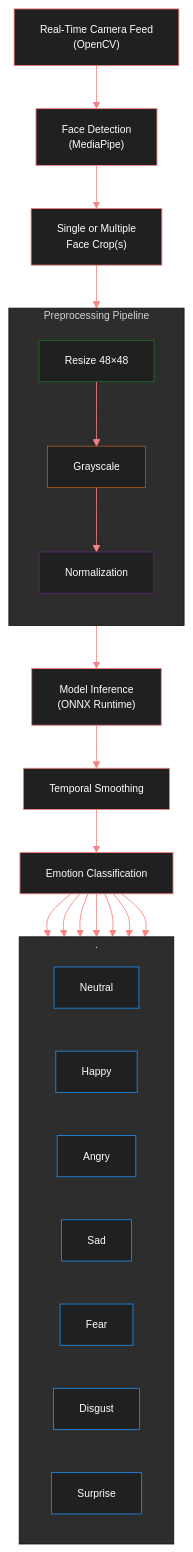
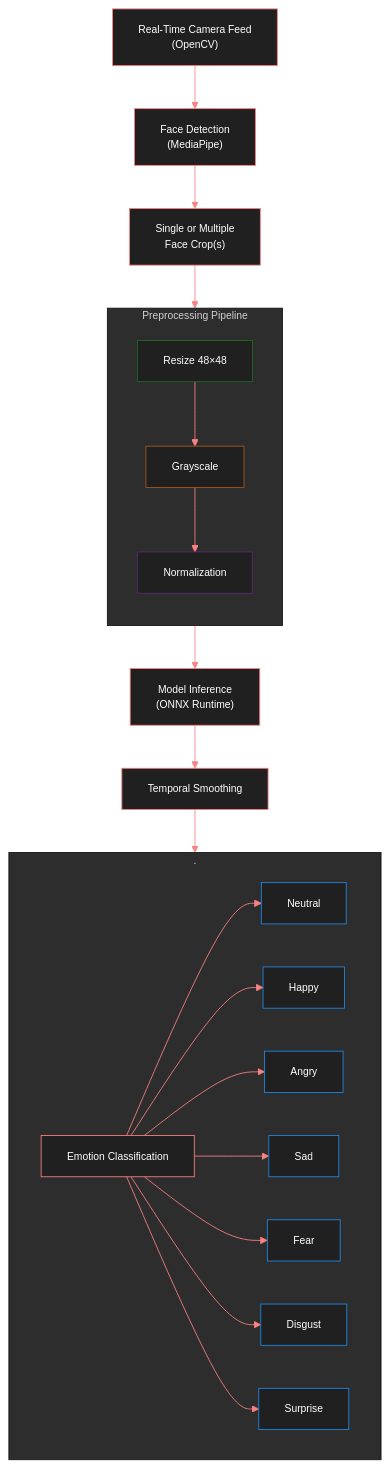
The diagram in README.md (NkL-M/Real-Time-Facial-Emotion-Recognition), drawn with Mermaid before and after one commit.

````diff
--- a/README.md
+++ b/README.md
@@ -147,60 +147,59 @@
 ```mermaid
 %%{init: {'theme':'base','themeVariables':{
   'primaryColor':'#202020',
   'primaryTextColor':'#ffffff',
   'primaryBorderColor':'#f98282',
   'lineColor':'#f98282',
   'fontFamily':'JetBrains Mono',
   'fontSize':'12px'
 }}}%%
 flowchart TB
   P0["Real-Time Camera Feed
   (OpenCV)"]
   P0 --> P1["Face Detection
   (MediaPipe)"]
   P1 --> P2["Single or Multiple
   Face Crop(s)"]
   P2 --> PRE
   subgraph PRE["Preprocessing Pipeline"]
   direction TB
     P4["Resize 48×48"]
     P4 --> P5["Grayscale"]
     P5 --> P6["Normalization"]
 end
   style P4 stroke:#1e6a22, color:#ffffff
   style P5 stroke:#a8551e, color:#ffffff
   style P6 stroke:#5b2a74, color:#ffffff
 
   P6 --> P7["Model Inference
   (ONNX Runtime)"]
   P7 --> P8["Temporal Smoothing
   (Deque Rolling Window)"]
   P8["Temporal Smoothing"] --> E["Emotion Classification"]
 
 subgraph .
 direction LR
     N["Neutral"]
     H["Happy"]
     A["Angry"]
     S["Sad"]
     F["Fear"]
     D["Disgust"]
     SU["Surprise"]
-end
-
 E --> N
 E --> H
 E --> A
 E --> S
 E --> F
 E --> D
 E --> SU
+end
 
 style N stroke:#1e88e5, color:#ffffff
 style H stroke:#1e88e5, color:#ffffff
 style A stroke:#1e88e5, color:#ffffff
 style S stroke:#1e88e5, color:#ffffff
 style F stroke:#1e88e5, color:#ffffff
 style D stroke:#1e88e5, color:#ffffff
 style SU stroke:#1e88e5, color:#ffffff
 ```
````
